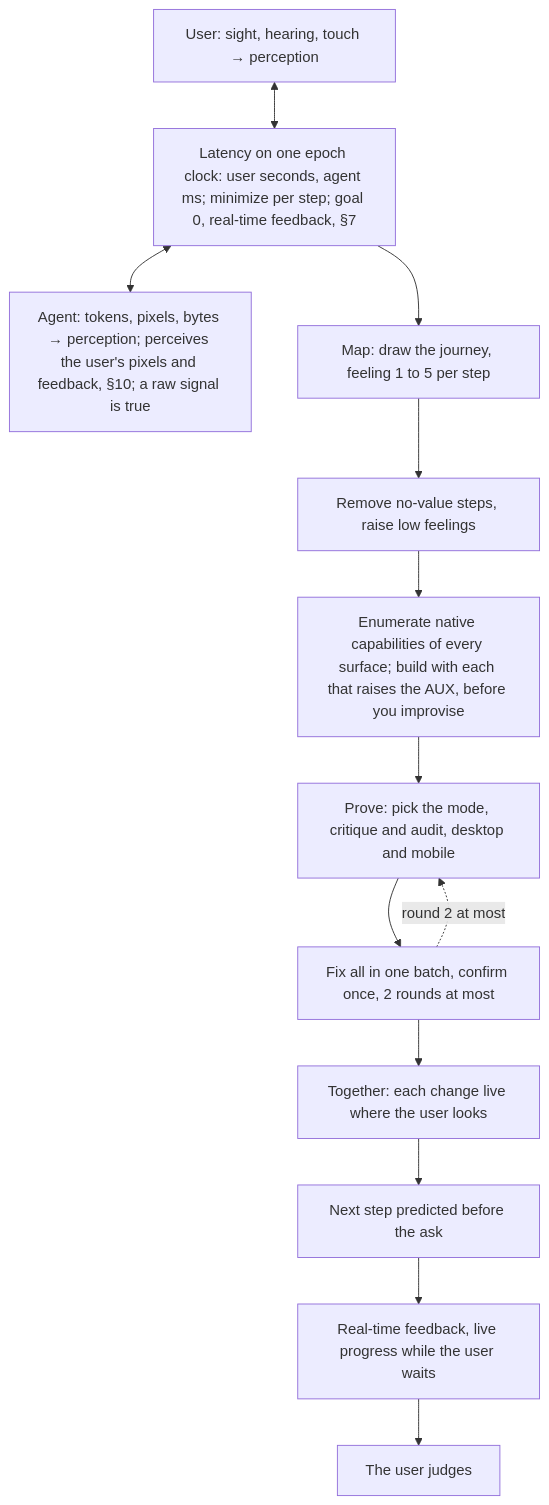
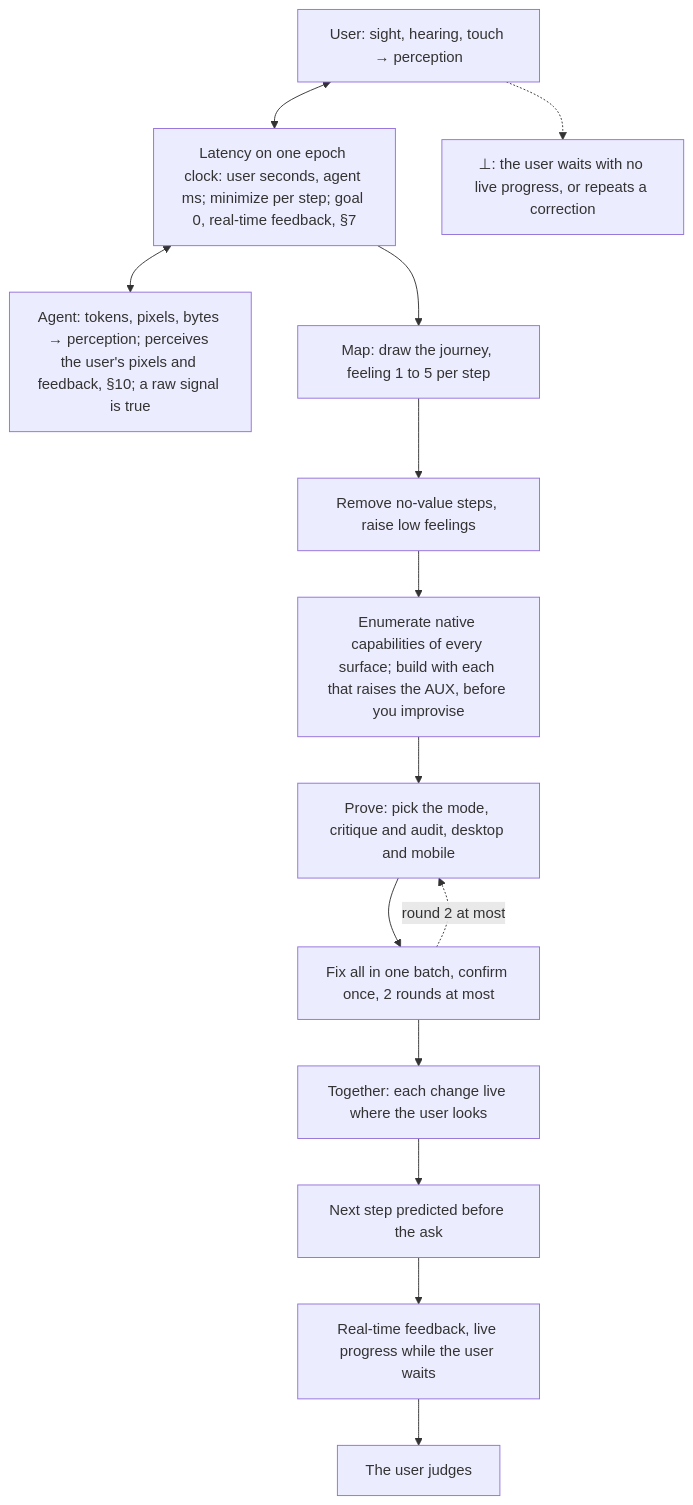
The third of 14 diagrams in AGENTS.md (SolenixAI/arbiter), drawn with Mermaid before and after one commit. The commit also changed other lines of this file, not shown here.

````diff
--- a/AGENTS.md
+++ b/AGENTS.md
@@ -149,14 +158,15 @@
 ```mermaid
 flowchart TD
   US["User: sight, hearing, touch → perception"] <--> LT["Latency on one epoch clock: user seconds, agent ms; minimize per step; goal 0, real-time feedback, §7"] <--> AG["Agent: tokens, pixels, bytes → perception; perceives the user's pixels and feedback, §10; a raw signal is true"]
   LT --> M
   M["Map: draw the journey, feeling 1 to 5 per step"] --> R["Remove no-value steps, raise low feelings"]
   R --> B["Enumerate native capabilities of every surface; build with each that raises the AUX, before you improvise"]
   B --> P["Prove: pick the mode, critique and audit, desktop and mobile"]
   P --> F["Fix all in one batch, confirm once, 2 rounds at most"]
   F -.->|round 2 at most| P
   F --> T["Together: each change live where the user looks"]
   T --> N["Next step predicted before the ask"]
   N --> RT["Real-time feedback, live progress while the user waits"]
   RT --> J["The user judges"]
+  US -.-> BOT["⊥: the user waits with no live progress, or repeats a correction"]
 ```
````
